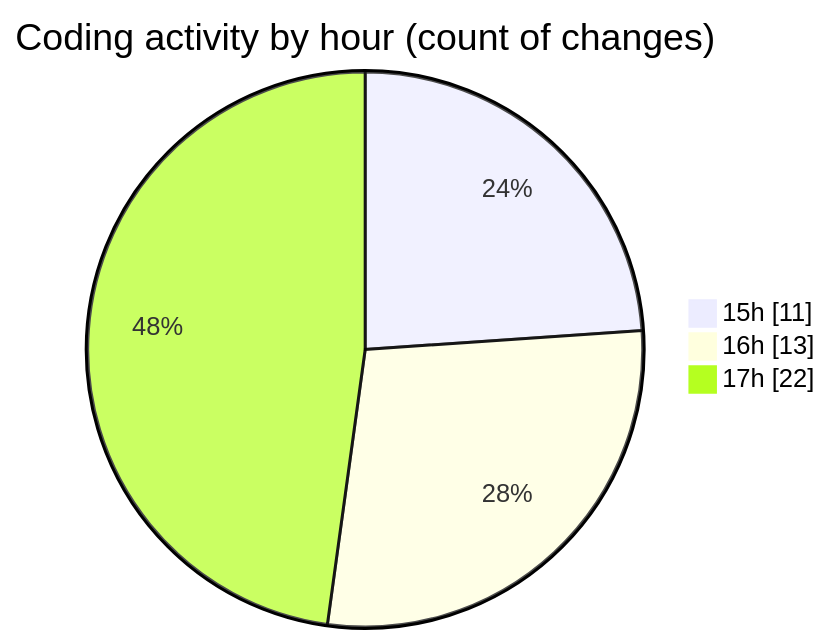
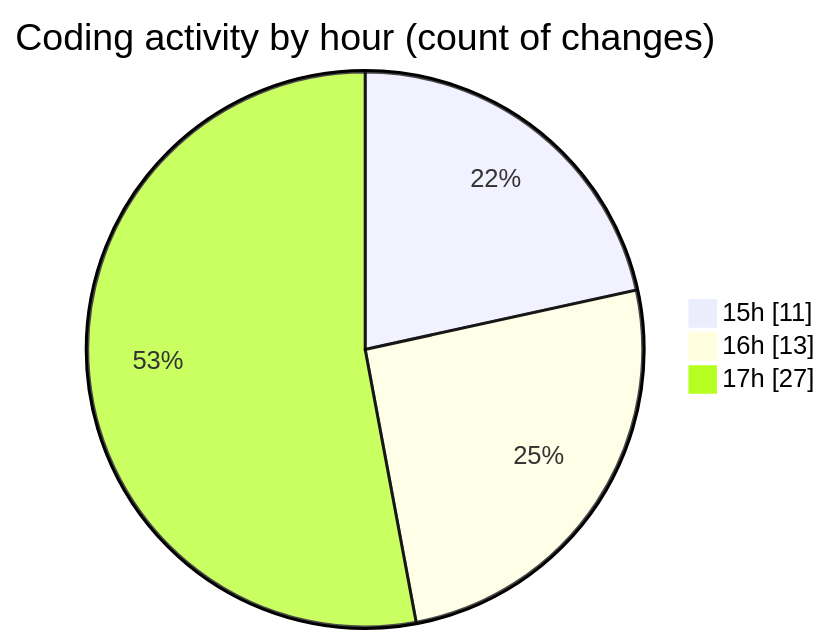
One commit to robertbonfada/code-tracking changed the second of 2 diagrams in 2025-03-08/mbc-web/README.md. Above: the diagram before and after it, drawn with Mermaid. The commit also changed other lines of this file and 1 other file, not shown here.

````diff
--- a/2025-03-08/mbc-web/README.md
+++ b/2025-03-08/mbc-web/README.md
@@ -37,7 +37,7 @@
 ```mermaid
 pie showData
 title Coding activity by hour (count of changes)
 "15h" : 11
 "16h" : 13
-"17h" : 22
+"17h" : 27
 ```
````
